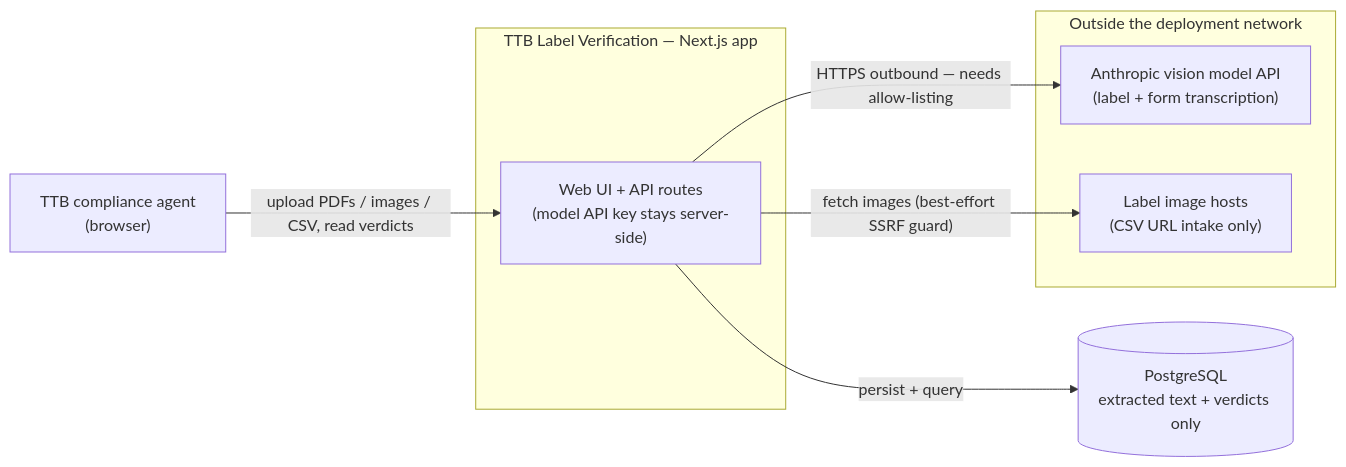
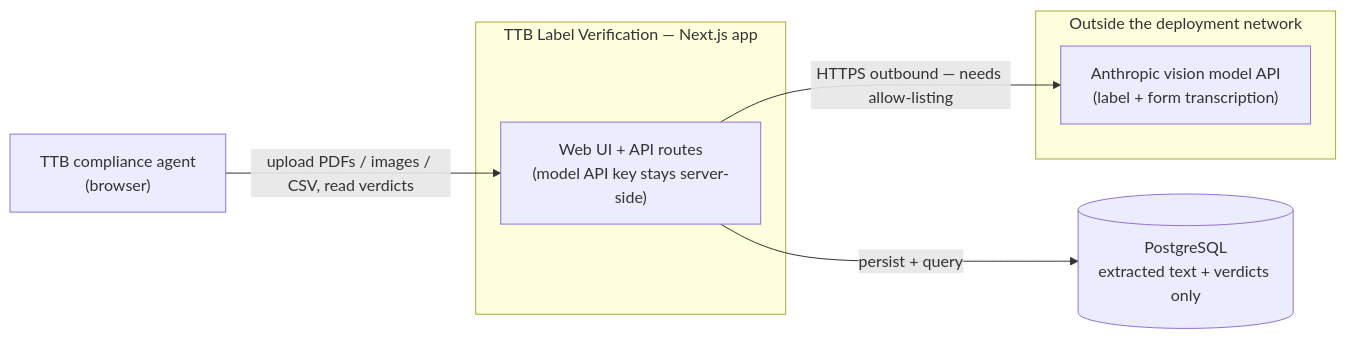
The first of 3 diagrams in docs/architecture.md (morganfry/ttb_labels), drawn with Mermaid before and after one commit. The commit also changed other lines of this file and 16 other files, not shown here.

First line of the commit message:
CSV bulk path: upload images instead of fetching them by URL

````diff
--- a/docs/architecture.md
+++ b/docs/architecture.md
@@ -25,20 +26,18 @@
 ```mermaid
 flowchart LR
     agent["TTB compliance agent<br/>(browser)"]
 
     subgraph app["TTB Label Verification — Next.js app"]
         ui["Web UI + API routes<br/>(model API key stays server-side)"]
     end
 
     db[("PostgreSQL<br/>extracted text + verdicts only")]
 
     subgraph cloud["Outside the deployment network"]
         model["Anthropic vision model API<br/>(label + form transcription)"]
-        imgs["Label image hosts<br/>(CSV URL intake only)"]
     end
 
     agent -->|"upload PDFs / images / CSV, read verdicts"| ui
     ui -->|"persist + query"| db
     ui -->|"HTTPS outbound — needs allow-listing"| model
-    ui -->|"fetch images (best-effort SSRF guard)"| imgs
 ```
````
